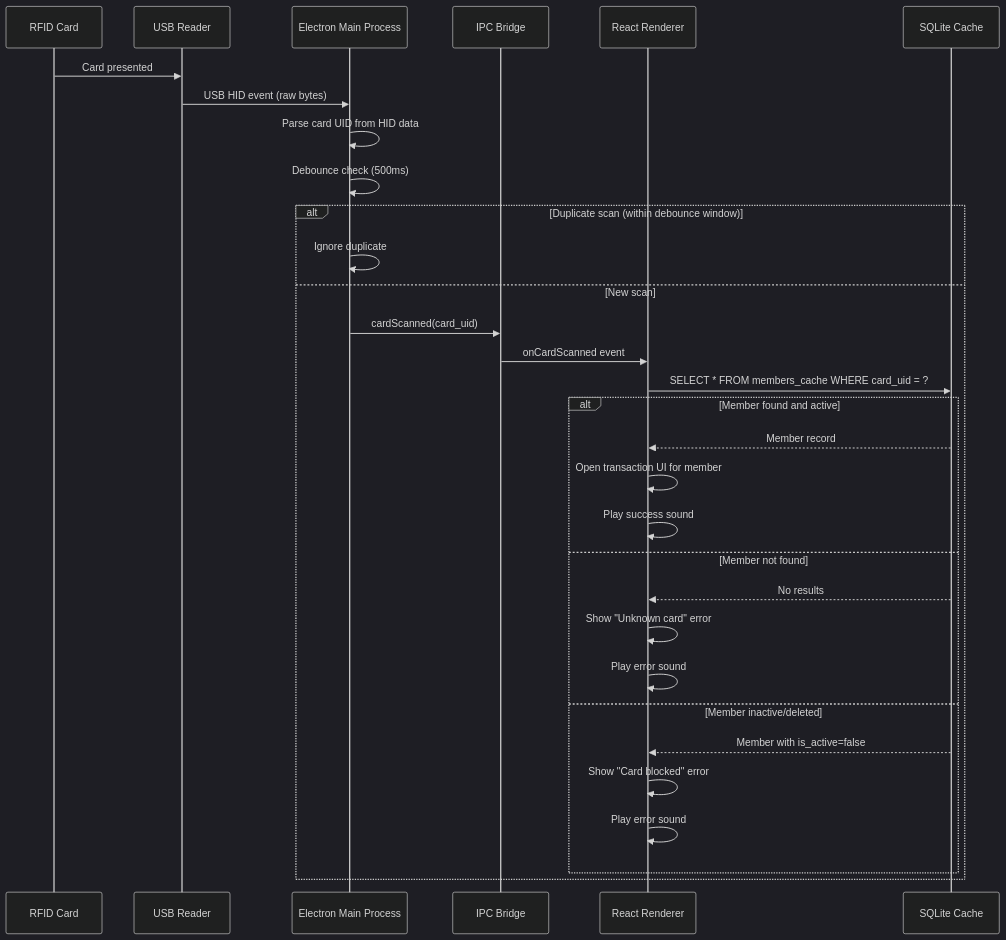
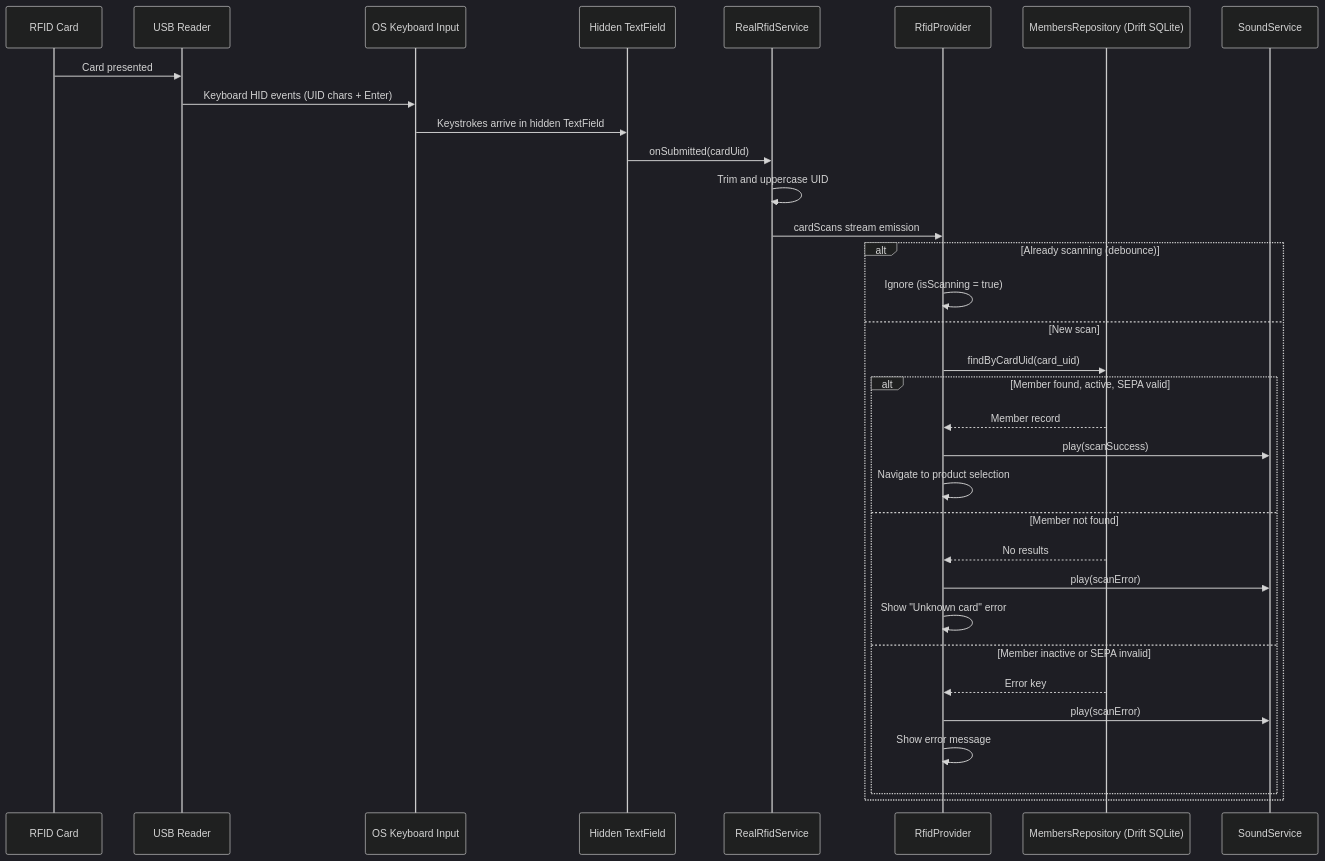
The first of 2 diagrams in adr/0014-rfid-scanning-integration.md (dgloeckner/clubbar), drawn with Mermaid (dark theme) before and after one commit. The commit also changed other lines of this file, not shown here.

Commit message:
docs: update ADR-0014 to reflect Flutter keyboard emulation approach

````diff
--- a/adr/0014-rfid-scanning-integration.md
+++ b/adr/0014-rfid-scanning-integration.md
@@ -48,36 +48,38 @@
 ```mermaid
 sequenceDiagram
     participant Card as RFID Card
     participant Reader as USB Reader
-    participant Main as Electron Main Process
-    participant IPC as IPC Bridge
-    participant Renderer as React Renderer
-    participant DB as SQLite Cache
+    participant OS as OS Keyboard Input
+    participant TextField as Hidden TextField
+    participant Service as RealRfidService
+    participant Provider as RfidProvider
+    participant Repo as MembersRepository (Drift SQLite)
+    participant Sound as SoundService
 
     Card->>Reader: Card presented
-    Reader->>Main: USB HID event (raw bytes)
-    Main->>Main: Parse card UID from HID data
-    Main->>Main: Debounce check (500ms)
+    Reader->>OS: Keyboard HID events (UID chars + Enter)
+    OS->>TextField: Keystrokes arrive in hidden TextField
+    TextField->>Service: onSubmitted(cardUid)
+    Service->>Service: Trim and uppercase UID
+    Service->>Provider: cardScans stream emission
 
-    alt Duplicate scan (within debounce window)
-        Main->>Main: Ignore duplicate
+    alt Already scanning (debounce)
+        Provider->>Provider: Ignore (isScanning = true)
     else New scan
-        Main->>IPC: cardScanned(card_uid)
-        IPC->>Renderer: onCardScanned event
-        Renderer->>DB: SELECT * FROM members_cache WHERE card_uid = ?
+        Provider->>Repo: findByCardUid(card_uid)
 
-        alt Member found and active
-            DB-->>Renderer: Member record
-            Renderer->>Renderer: Open transaction UI for member
-            Renderer->>Renderer: Play success sound
+        alt Member found, active, SEPA valid
+            Repo-->>Provider: Member record
+            Provider->>Sound: play(scanSuccess)
+            Provider->>Provider: Navigate to product selection
         else Member not found
-            DB-->>Renderer: No results
-            Renderer->>Renderer: Show "Unknown card" error
-            Renderer->>Renderer: Play error sound
-        else Member inactive/deleted
-            DB-->>Renderer: Member with is_active=false
-            Renderer->>Renderer: Show "Card blocked" error
-            Renderer->>Renderer: Play error sound
+            Repo-->>Provider: No results
+            Provider->>Sound: play(scanError)
+            Provider->>Provider: Show "Unknown card" error
+        else Member inactive or SEPA invalid
+            Repo-->>Provider: Error key
+            Provider->>Sound: play(scanError)
+            Provider->>Provider: Show error message
         end
     end
 ```
````
